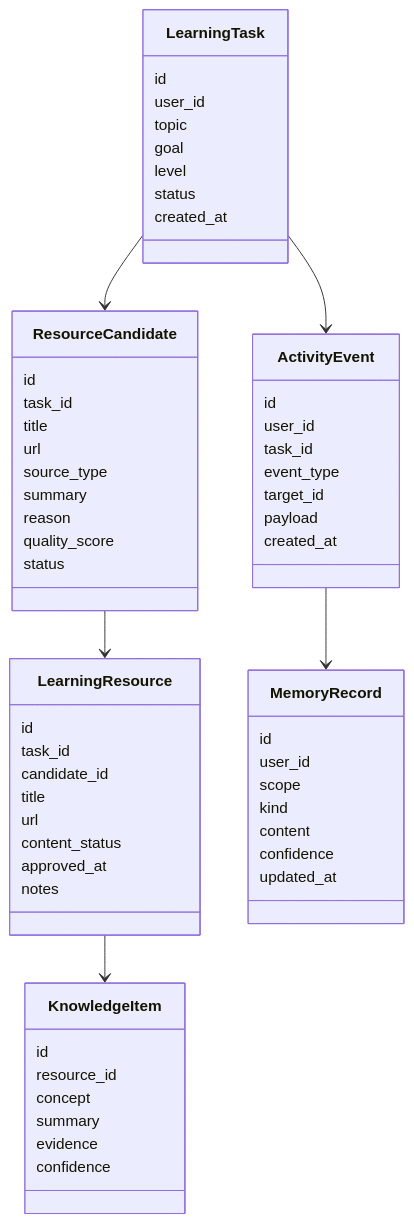
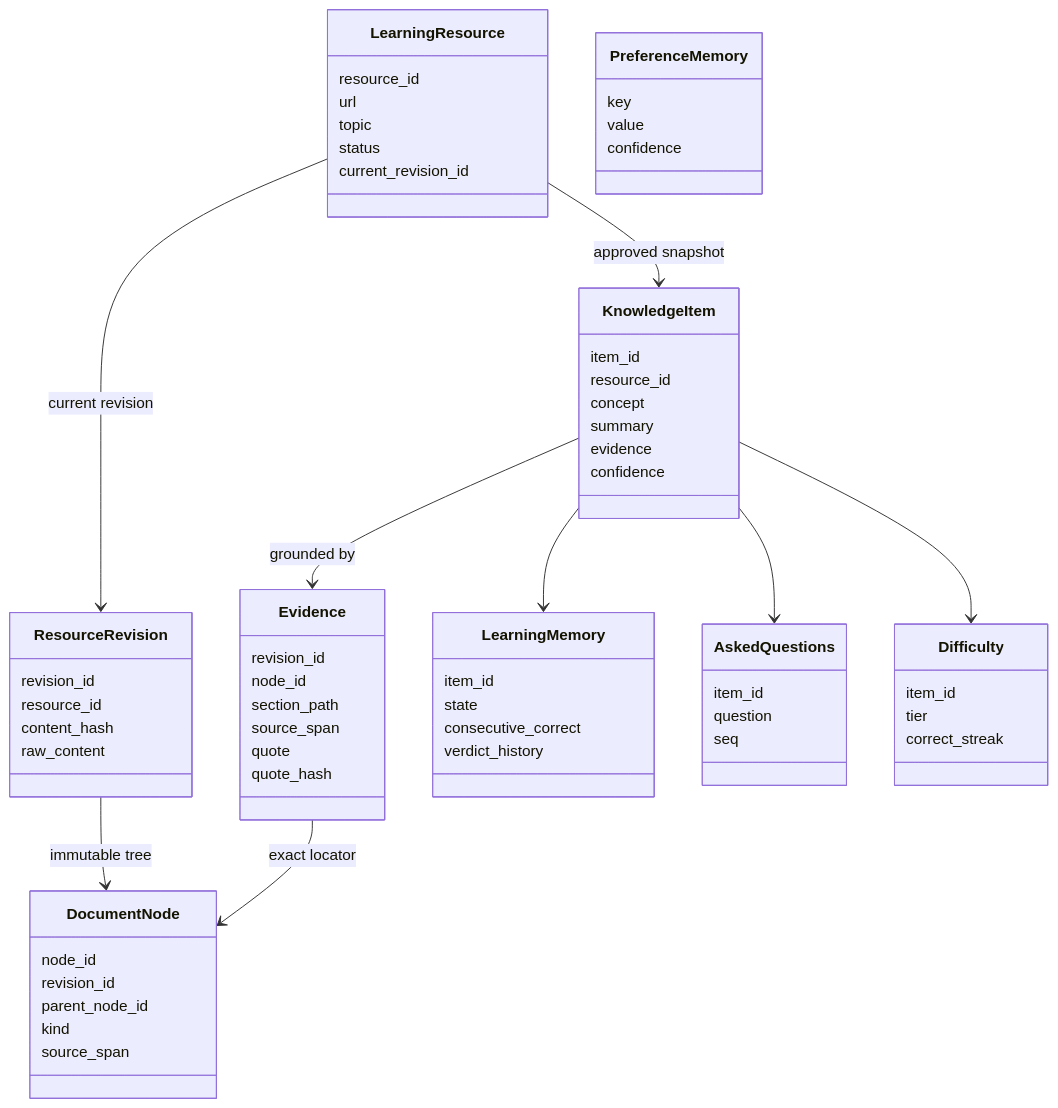
Before and after one commit to Hyr1sky/TheGrandQuiz: the second of 6 diagrams in docs/roadmap.md, drawn with Mermaid. The commit also changed other lines of this file and 19 other files, not shown here.

Commit message:
docs: align current architecture language

````diff
--- a/docs/roadmap.md
+++ b/docs/roadmap.md
@@ -78,70 +78,77 @@
 ```mermaid
 classDiagram
-    class LearningTask {
-      id
-      user_id
+    class LearningResource {
+      resource_id
+      url
       topic
-      goal
-      level
       status
-      created_at
+      current_revision_id
     }
 
-    class ResourceCandidate {
-      id
-      task_id
-      title
-      url
-      source_type
-      summary
-      reason
-      quality_score
-      status
+    class ResourceRevision {
+      revision_id
+      resource_id
+      content_hash
+      raw_content
     }
 
-    class LearningResource {
-      id
-      task_id
-      candidate_id
-      title
-      url
-      content_status
-      approved_at
-      notes
+    class DocumentNode {
+      node_id
+      revision_id
+      parent_node_id
+      kind
+      source_span
     }
 
     class KnowledgeItem {
-      id
+      item_id
       resource_id
       concept
       summary
       evidence
       confidence
     }
 
-    class ActivityEvent {
-      id
-      user_id
-      task_id
-      event_type
-      target_id
-      payload
-      created_at
+    class Evidence {
+      revision_id
+      node_id
+      section_path
+      source_span
+      quote
+      quote_hash
     }
 
-    class MemoryRecord {
-      id
-      user_id
-      scope
-      kind
-      content
-      confidence
-      updated_at
+    class LearningMemory {
+      item_id
+      state
+      consecutive_correct
+      verdict_history
     }
 
-    LearningTask --> ResourceCandidate
-    ResourceCandidate --> LearningResource
-    LearningResource --> KnowledgeItem
-    LearningTask --> ActivityEvent
-    ActivityEvent --> MemoryRecord
+    class PreferenceMemory {
+      key
+      value
+      confidence
+    }
+
+    class AskedQuestions {
+      item_id
+      question
+      seq
+    }
+
+    class Difficulty {
+      item_id
+      tier
+      correct_streak
+    }
+
+    LearningResource --> ResourceRevision : current revision
+    ResourceRevision --> DocumentNode : immutable tree
+    LearningResource --> KnowledgeItem : approved snapshot
+    KnowledgeItem --> Evidence : grounded by
+    Evidence --> DocumentNode : exact locator
+    KnowledgeItem --> LearningMemory
+    KnowledgeItem --> AskedQuestions
+    KnowledgeItem --> Difficulty
 ```
````
